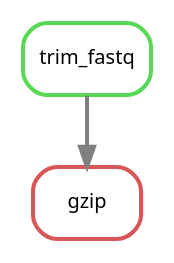
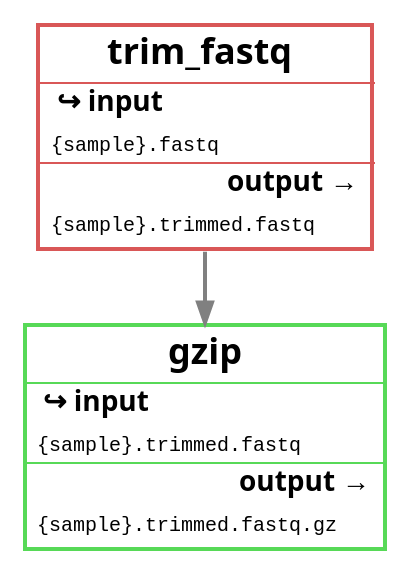
The first of 4 diagrams in lectures/snakemake/snakemake.qmd (NBISweden/workshop-reproducible-research), drawn with Graphviz before and after one commit. The commit also changed other lines of this file, not shown here.

````diff
--- a/lectures/snakemake/snakemake.qmd
+++ b/lectures/snakemake/snakemake.qmd
@@ -219,10 +223,36 @@
 ```{dot}
 digraph snakemake_dag {
     graph[bgcolor=white, margin=0];
-    node[shape=box, style=rounded, fontname=sans, fontsize=10, penwidth=2];
+    node[shape=box, style=rounded, fontname=sans,                 fontsize=10, penwidth=2];
     edge[penwidth=2, color=grey];
-        0[label = "gzip", color = "0.00 0.6 0.85", style="rounded"];
-        1[label = "trim_fastq", color = "0.33 0.6 0.85", style="rounded"];
+0 [ shape=none, margin=0, label=<<table border="2" color="#57D957" cellspacing="3" cellborder="0">
+<tr><td>
+<b><font point-size="18">               gzip              </font></b>
+</td></tr>
+<hr/>
+<tr><td align="left"> <b><font point-size="14">&#8618; input</font></b> </td></tr>
+<tr>
+<td align="left"><font face="monospace">{sample}.trimmed.fastq</font></td>
+</tr>
+<hr/>
+<tr><td align="right"> <b><font point-size="14">output &rarr;</font></b> </td> </tr>
+<tr>
+<td align="left"><font face="monospace">{sample}.trimmed.fastq.gz</font></td></tr>
+</table>>]
+1 [ shape=none, margin=0, label=<<table border="2" color="#D95757" cellspacing="3" cellborder="0">
+<tr><td>
+<b><font point-size="18">       trim_fastq       </font></b>
+</td></tr>
+<hr/>
+<tr><td align="left"> <b><font point-size="14">&#8618; input</font></b> </td></tr>
+<tr>
+<td align="left"><font face="monospace">{sample}.fastq</font></td>
+</tr>
+<hr/>
+<tr><td align="right"> <b><font point-size="14">output &rarr;</font></b> </td> </tr>
+<tr>
+<td align="left"><font face="monospace">{sample}.trimmed.fastq</font></td></tr>
+</table>>]
         1 -> 0
-} 
+}
 ```
````
